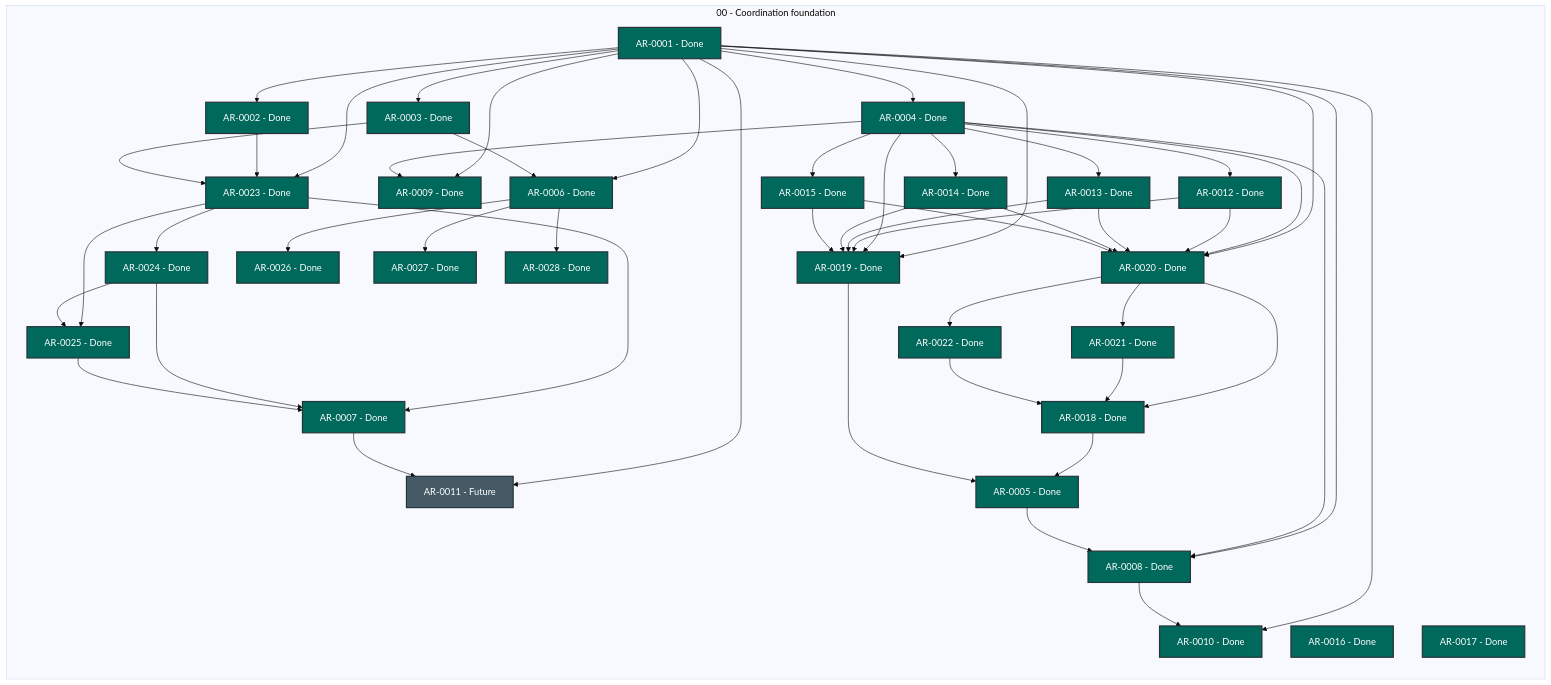
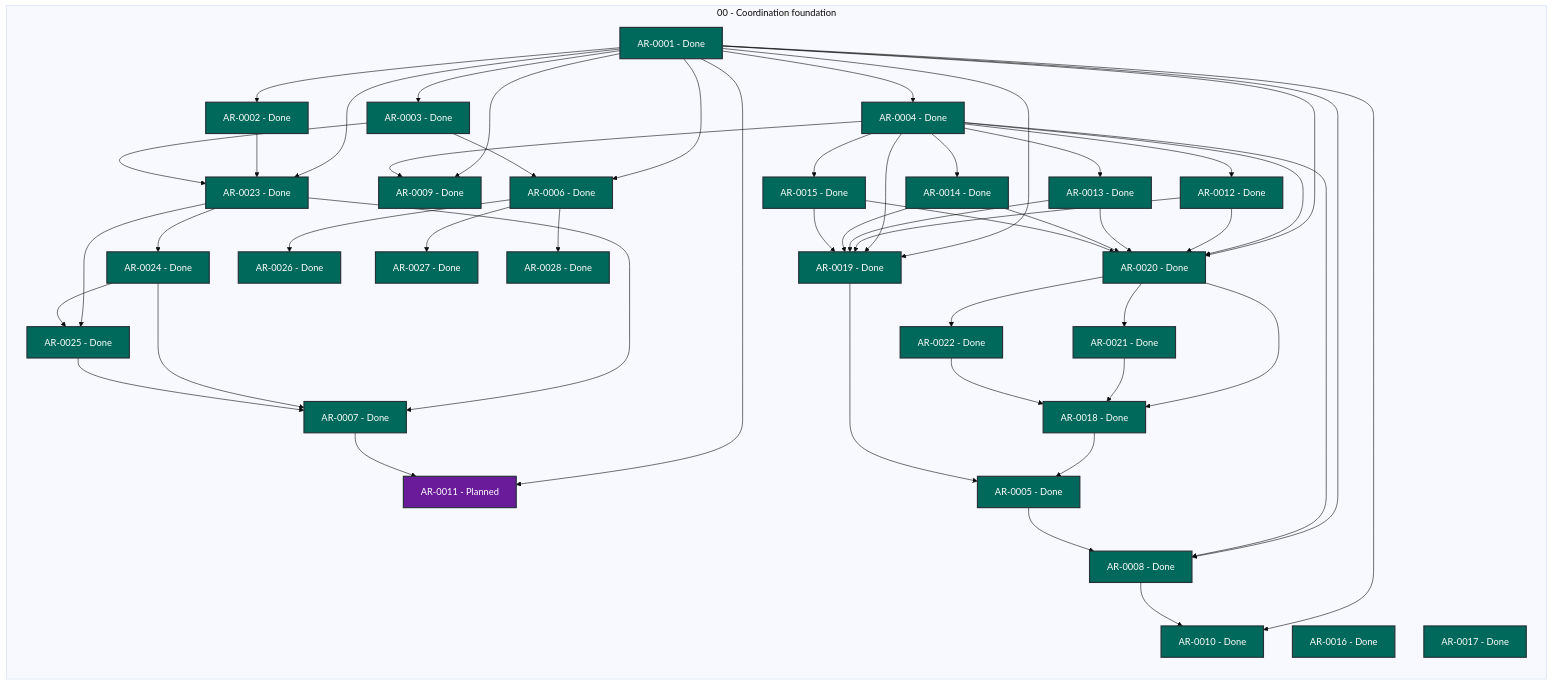
The diagram in STATUS.md (martin-beck/agent-workflow-quality-state), drawn with Mermaid (base theme) before and after one commit. The commit also changed other lines of this file and 2 other files, not shown here.

```diff
--- a/STATUS.md
+++ b/STATUS.md
@@ -38,7 +38,7 @@
         AR_0008["AR-0008 - Done"]:::status_done
         AR_0009["AR-0009 - Done"]:::status_done
         AR_0010["AR-0010 - Done"]:::status_done
-        AR_0011["AR-0011 - Future"]:::status_future
+        AR_0011["AR-0011 - Planned"]:::status_planned
         AR_0012["AR-0012 - Done"]:::status_done
         AR_0013["AR-0013 - Done"]:::status_done
         AR_0014["AR-0014 - Done"]:::status_done
```
